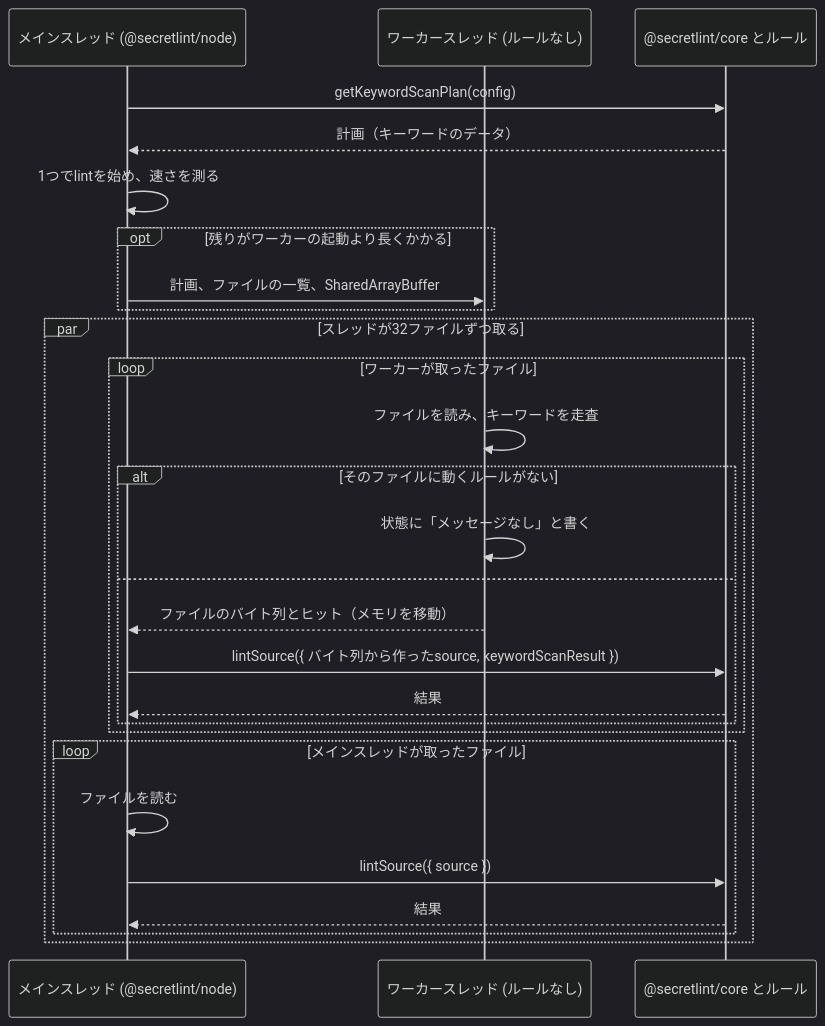
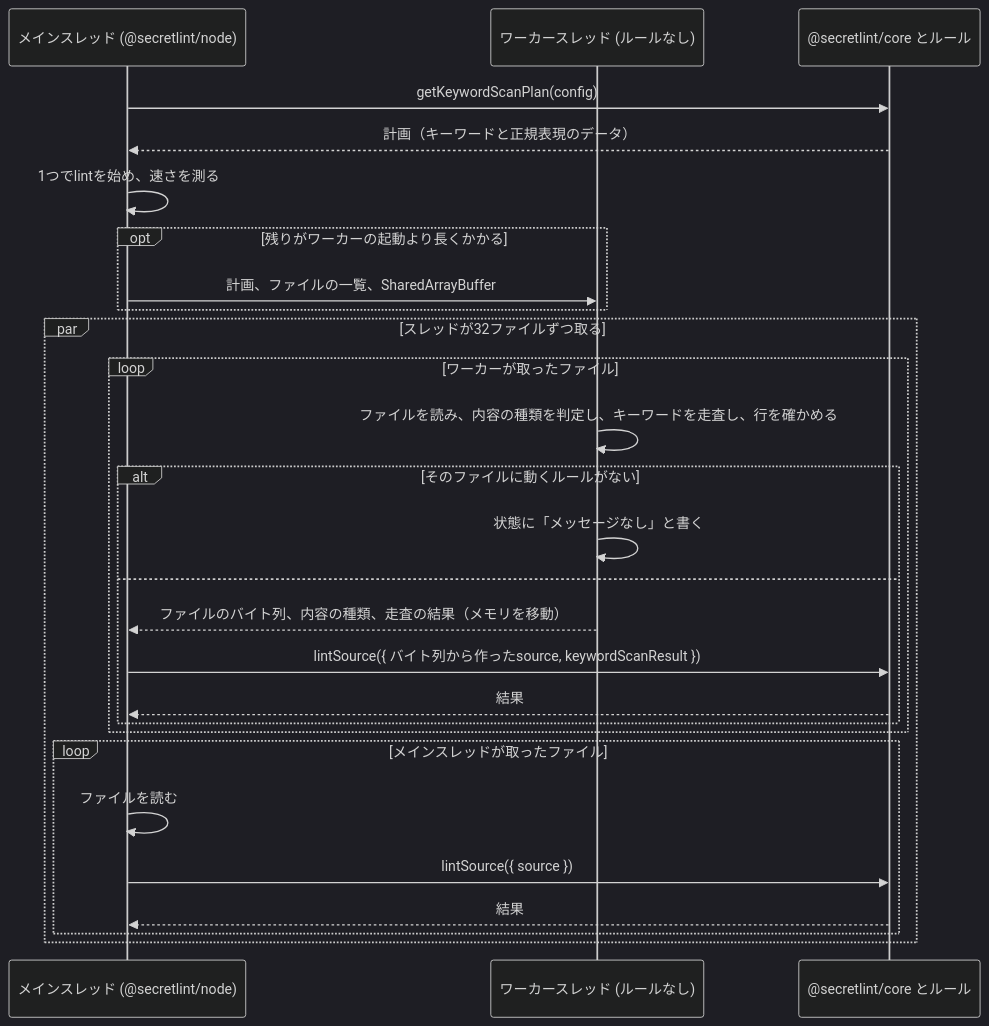
One commit to secretlint/secretlint changed the second of 2 diagrams in docs/products/secretlint/features/secret-scanning/design.ja.md. Above: the diagram before and after it, drawn with Mermaid (dark theme). The commit also changed other lines of this file and 10 other files, not shown here.

````diff
--- a/docs/products/secretlint/features/secret-scanning/design.ja.md
+++ b/docs/products/secretlint/features/secret-scanning/design.ja.md
@@ -210,29 +218,29 @@
 ```mermaid
 sequenceDiagram
     participant Main as メインスレッド (@secretlint/node)
     participant Worker as ワーカースレッド (ルールなし)
     participant Core as @secretlint/core とルール
     Main->>Core: getKeywordScanPlan(config)
-    Core-->>Main: 計画（キーワードのデータ）
+    Core-->>Main: 計画（キーワードと正規表現のデータ）
     Main->>Main: 1つでlintを始め、速さを測る
     opt 残りがワーカーの起動より長くかかる
         Main->>Worker: 計画、ファイルの一覧、SharedArrayBuffer
     end
     par スレッドが32ファイルずつ取る
         loop ワーカーが取ったファイル
-            Worker->>Worker: ファイルを読み、キーワードを走査
+            Worker->>Worker: ファイルを読み、内容の種類を判定し、キーワードを走査し、行を確かめる
             alt そのファイルに動くルールがない
                 Worker->>Worker: 状態に「メッセージなし」と書く
             else
-                Worker-->>Main: ファイルのバイト列とヒット（メモリを移動）
+                Worker-->>Main: ファイルのバイト列、内容の種類、走査の結果（メモリを移動）
                 Main->>Core: lintSource({ バイト列から作ったsource, keywordScanResult })
                 Core-->>Main: 結果
             end
         end
         loop メインスレッドが取ったファイル
             Main->>Main: ファイルを読む
             Main->>Core: lintSource({ source })
             Core-->>Main: 結果
         end
     end
 ```
````
